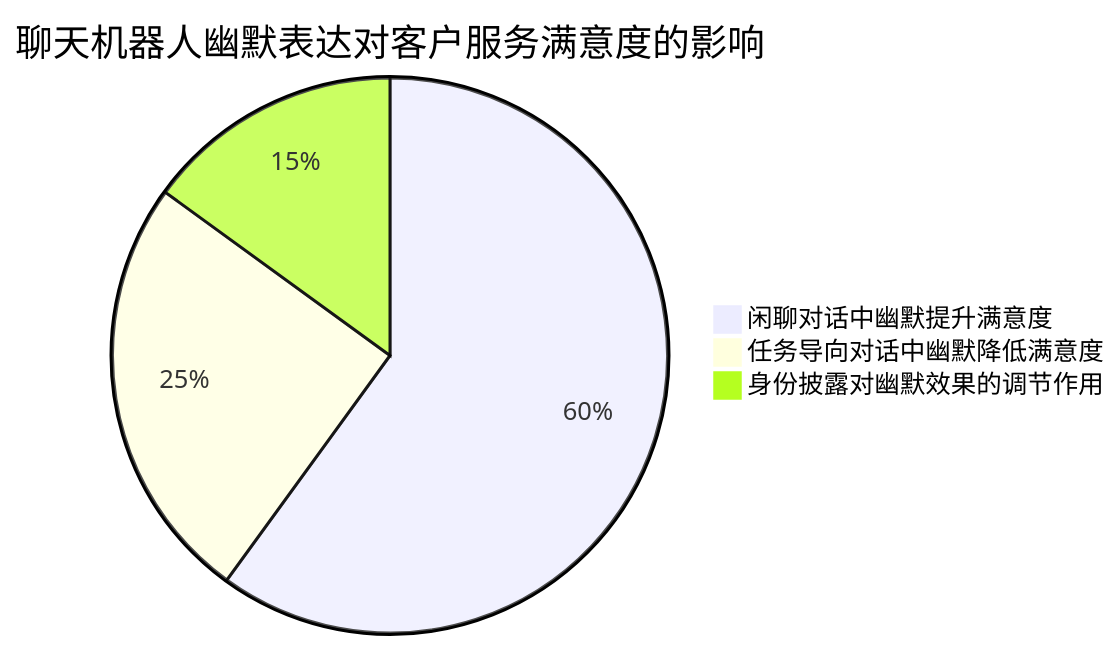
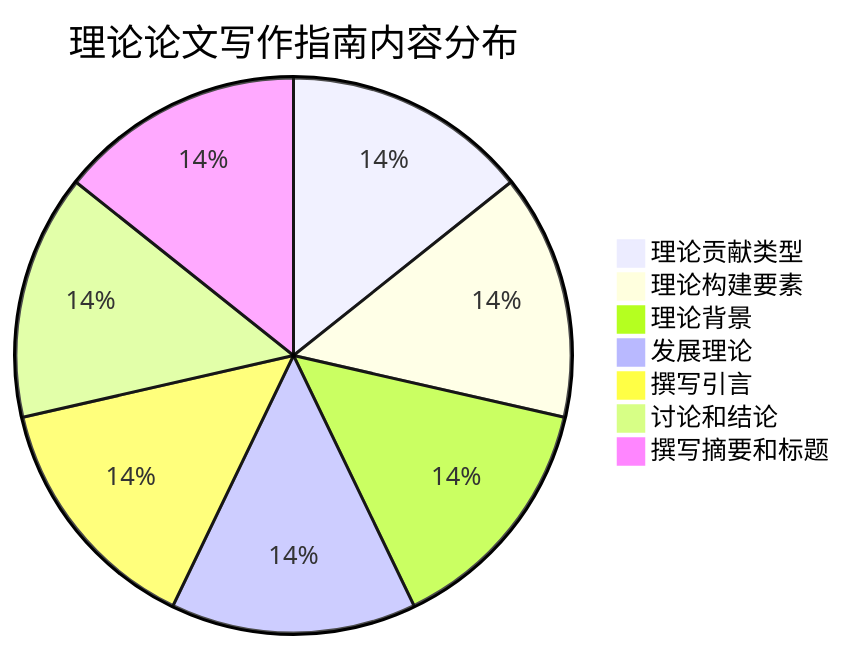
The eighth of 16 diagrams in 其他.md (Fabreque/charles), drawn with Mermaid before and after one commit. The commit also changed other lines of this file and 3 other files, not shown here.

````diff
--- a/其他.md
+++ b/其他.md
@@ -215,6 +375,10 @@
 ```mermaid
-pie title 聊天机器人幽默表达对客户服务满意度的影响
-    "闲聊对话中幽默提升满意度" : 60
-    "任务导向对话中幽默降低满意度" : 25
-    "身份披露对幽默效果的调节作用" : 15
+pie title 理论论文写作指南内容分布
+    "理论贡献类型" : 14
+    "理论构建要素" : 14
+    "理论背景" : 14
+    "发展理论" : 14
+    "撰写引言" : 14
+    "讨论和结论" : 14
+    "撰写摘要和标题" : 14
 ```
````
